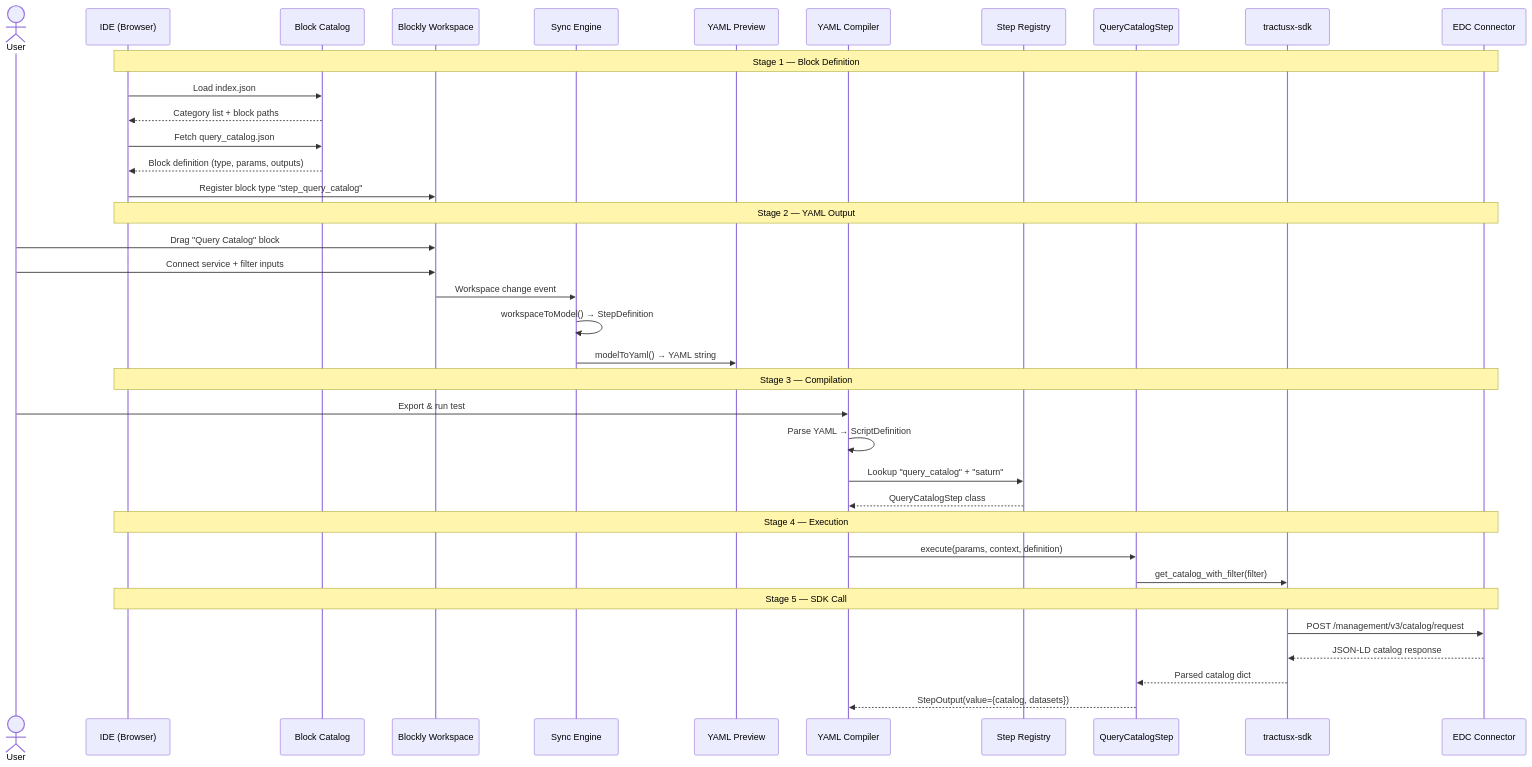
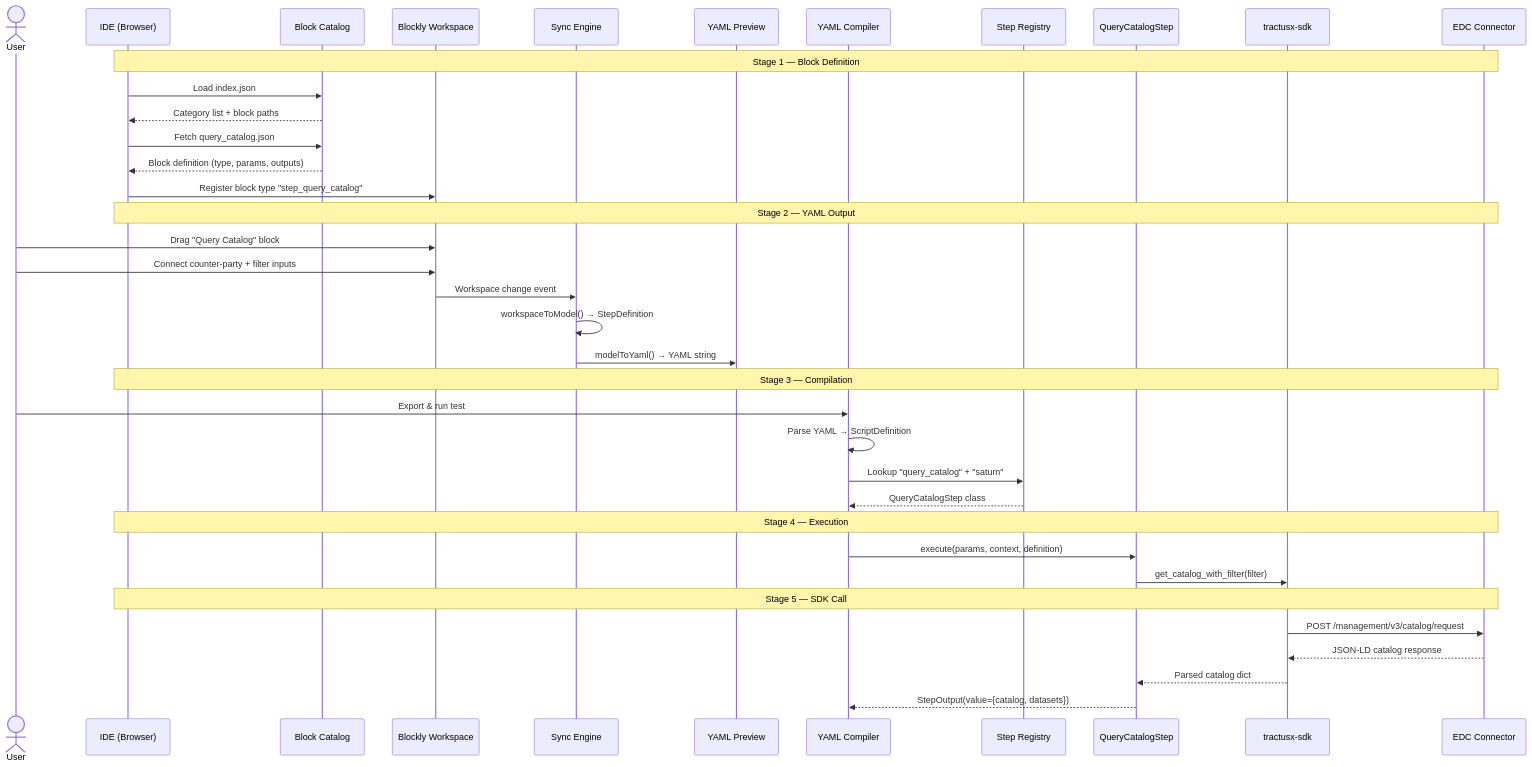
Before and after one commit to eclipse-tractusx/tractusx-testlab: the fifth of 6 diagrams in docs/developer/block-lifecycle.md, drawn with Mermaid. The commit also changed other lines of this file and 15 other files, not shown here.

````diff
--- a/docs/developer/block-lifecycle.md
+++ b/docs/developer/block-lifecycle.md
@@ -376,44 +368,44 @@
 ```mermaid
 sequenceDiagram
     actor User
     participant IDE as IDE (Browser)
     participant Catalog as Block Catalog
     participant Blockly as Blockly Workspace
     participant Sync as Sync Engine
     participant Monaco as YAML Preview
     participant Compiler as YAML Compiler
     participant Registry as Step Registry
     participant Executor as QueryCatalogStep
     participant SDK as tractusx-sdk
     participant EDC as EDC Connector
 
     Note over IDE,EDC: Stage 1 — Block Definition
     IDE->>Catalog: Load index.json
     Catalog-->>IDE: Category list + block paths
     IDE->>Catalog: Fetch query_catalog.json
     Catalog-->>IDE: Block definition (type, params, outputs)
     IDE->>Blockly: Register block type "step_query_catalog"
 
     Note over IDE,EDC: Stage 2 — YAML Output
     User->>Blockly: Drag "Query Catalog" block
-    User->>Blockly: Connect service + filter inputs
+    User->>Blockly: Connect counter-party + filter inputs
     Blockly->>Sync: Workspace change event
     Sync->>Sync: workspaceToModel() → StepDefinition
     Sync->>Monaco: modelToYaml() → YAML string
 
     Note over IDE,EDC: Stage 3 — Compilation
     User->>Compiler: Export & run test
     Compiler->>Compiler: Parse YAML → ScriptDefinition
     Compiler->>Registry: Lookup "query_catalog" + "saturn"
     Registry-->>Compiler: QueryCatalogStep class
 
     Note over IDE,EDC: Stage 4 — Execution
     Compiler->>Executor: execute(params, context, definition)
     Executor->>SDK: get_catalog_with_filter(filter)
 
     Note over IDE,EDC: Stage 5 — SDK Call
     SDK->>EDC: POST /management/v3/catalog/request
     EDC-->>SDK: JSON-LD catalog response
     SDK-->>Executor: Parsed catalog dict
     Executor-->>Compiler: StepOutput(value={catalog, datasets})
 ```
````
